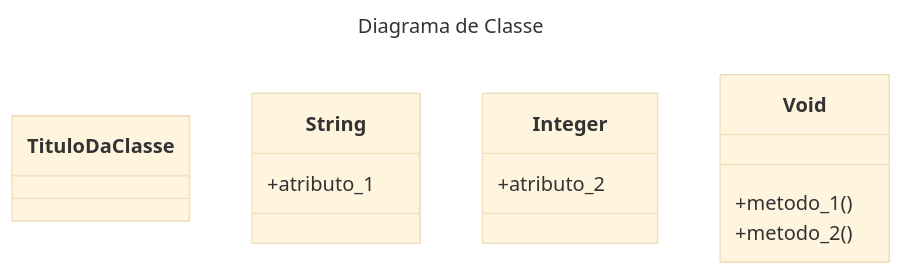
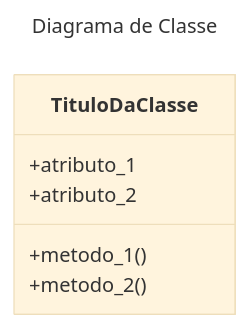
One commit to jeimesonrf/2023_3_I_A changed the first of 2 diagrams in 1tri/class/README.md. Above: the diagram before and after it, drawn with Mermaid (base theme). The commit also changed other lines of this file, not shown here.

Commit message:
aula classe

````diff
--- a/1tri/class/README.md
+++ b/1tri/class/README.md
@@ -6,11 +6,11 @@
 ```mermaid
 ---
 title: Diagrama de Classe
 ---
 classDiagram
     class TituloDaClasse
-        String: +atributo_1
-        Integer: +atributo_2
-        Void: +metodo_1()
-        Void: +metodo_2()
+    TituloDaClasse: +atributo_1
+    TituloDaClasse: +atributo_2
+    TituloDaClasse: +metodo_1()
+    TituloDaClasse: +metodo_2()
 ```
````
